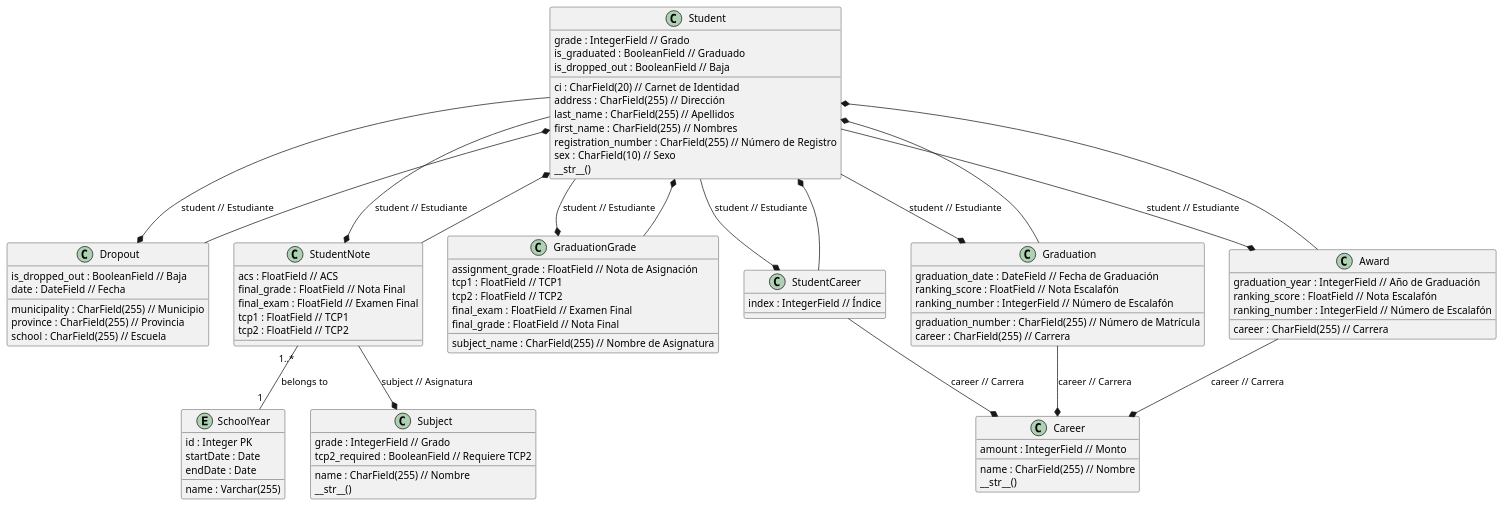
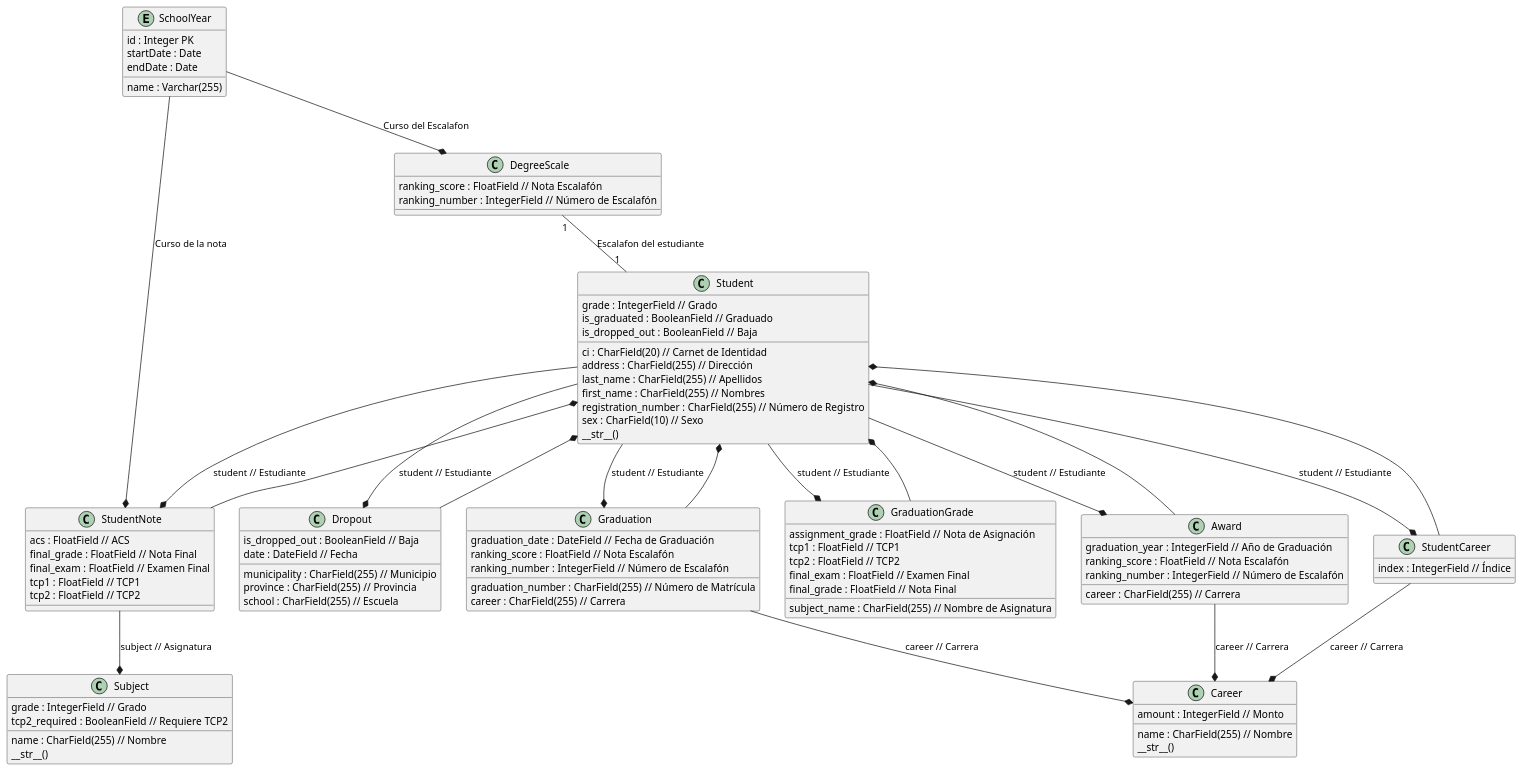
Before and after one commit to critBus/notas_estudiantes_back_drf: the diagram in docs/diagrams/src/architecture_overview.wsd, drawn with PlantUML. The commit also changed 4 other files, not shown here.

```diff
--- a/docs/diagrams/src/architecture_overview.wsd
+++ b/docs/diagrams/src/architecture_overview.wsd
@@ -1,101 +1,110 @@
 @startuml
 
 class Student {
     ci : CharField(20) // Carnet de Identidad
     address : CharField(255) // Dirección
     grade : IntegerField // Grado
     last_name : CharField(255) // Apellidos
     first_name : CharField(255) // Nombres
     registration_number : CharField(255) // Número de Registro
     sex : CharField(10) // Sexo
     is_graduated : BooleanField // Graduado
     is_dropped_out : BooleanField // Baja
     __str__()
 }
 
 class Dropout {
     is_dropped_out : BooleanField // Baja
     date : DateField // Fecha
     municipality : CharField(255) // Municipio
     province : CharField(255) // Provincia
     school : CharField(255) // Escuela
 }
 
 class Career {
     amount : IntegerField // Monto
     name : CharField(255) // Nombre
     __str__()
 }
 
 class Graduation {
     graduation_number : CharField(255) // Número de Matrícula
     graduation_date : DateField // Fecha de Graduación
     career : CharField(255) // Carrera
     ranking_score : FloatField // Nota Escalafón
     ranking_number : IntegerField // Número de Escalafón
 }
 
 class GraduationGrade {
     subject_name : CharField(255) // Nombre de Asignatura
     assignment_grade : FloatField // Nota de Asignación
     tcp1 : FloatField // TCP1
     tcp2 : FloatField // TCP2
     final_exam : FloatField // Examen Final
     final_grade : FloatField // Nota Final
 }
 
 class Subject {
     grade : IntegerField // Grado
     name : CharField(255) // Nombre
     tcp2_required : BooleanField // Requiere TCP2
     __str__()
 }
 
 entity SchoolYear {
     id : Integer PK
     startDate : Date
     endDate : Date
     name : Varchar(255)
 }
 
 class StudentNote {
     acs : FloatField // ACS
     final_grade : FloatField // Nota Final
     final_exam : FloatField // Examen Final
     tcp1 : FloatField // TCP1
     tcp2 : FloatField // TCP2
 }
 
 class Award {
     graduation_year : IntegerField // Año de Graduación
     career : CharField(255) // Carrera
     ranking_score : FloatField // Nota Escalafón
     ranking_number : IntegerField // Número de Escalafón
 }
 
 class StudentCareer {
     index : IntegerField // Índice
 }
 
-StudentNote "1..*" -- "1" SchoolYear : belongs to
+class DegreeScale {
+    ranking_score : FloatField // Nota Escalafón
+    ranking_number : IntegerField // Número de Escalafón
+}
+
+' StudentNote "1..*" -- "1" SchoolYear : belongs to
+SchoolYear --* DegreeScale :  Curso del Escalafon
+SchoolYear --* StudentNote : Curso de la nota
+
+DegreeScale "1" -- "1" Student : Escalafon del estudiante
 
 Student --* Dropout : student // Estudiante
 Student --* Graduation : student // Estudiante
 Student --* GraduationGrade : student // Estudiante
 Student --* StudentNote : student // Estudiante
 Student --* Award : student // Estudiante
 Student --* StudentCareer : student // Estudiante
 
 Dropout --* Student
 Graduation --* Student
 GraduationGrade --* Student
 StudentNote --* Student
 Award --* Student
 StudentCareer --* Student
 
 StudentNote --* Subject : subject // Asignatura
 StudentCareer --* Career : career // Carrera
 Graduation --* Career : career // Carrera
 Award --* Career : career // Carrera
 
 @enduml
```
